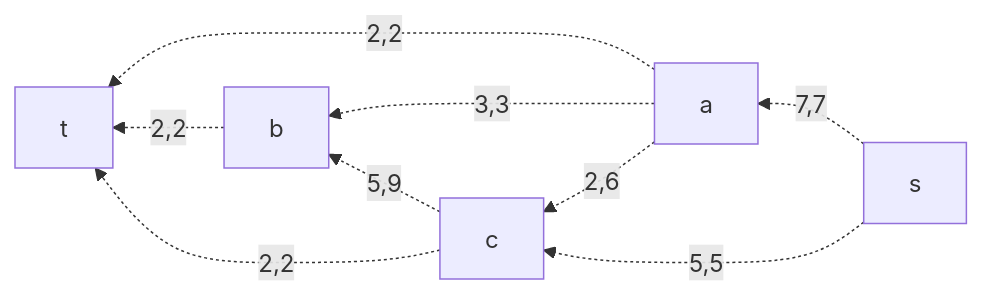
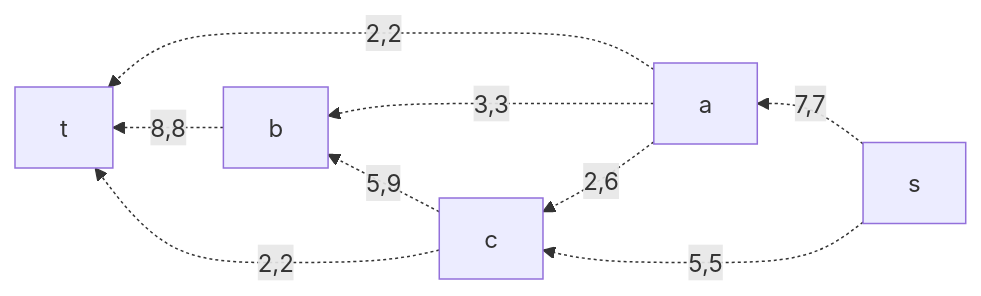
One commit to hse-algo-24-raven/manual-tasks-raven changed the third of 3 diagrams in task-9/minions.md. Above: the diagram before and after it, drawn with Mermaid. The commit also changed other lines of this file, not shown here.

````diff
--- a/task-9/minions.md
+++ b/task-9/minions.md
@@ -50,11 +50,11 @@
 ```mermaid
 graph RL
     s-.->|7,7|a
     s-.->|5,5|c
     a-.->|2,2|t
     a-.->|3,3|b
     a-.->|2,6|c
     c-.->|5,9|b
     c-.->|2,2|t
-    b-.->|2,2|t
+    b-.->|8,8|t
 ```
````
